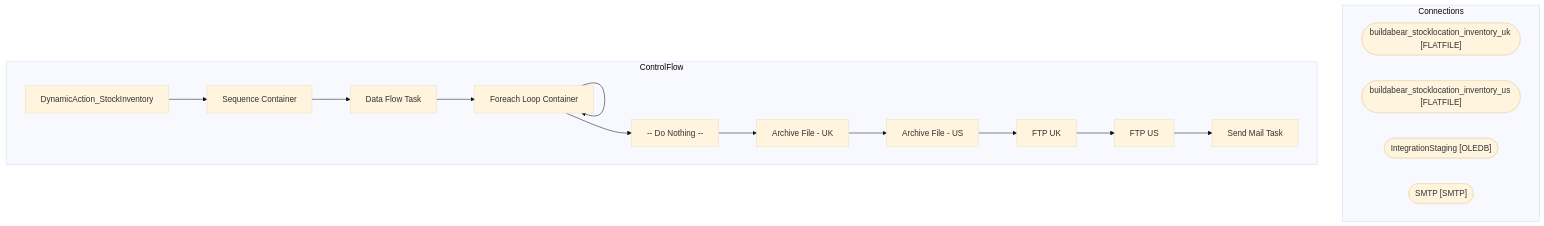
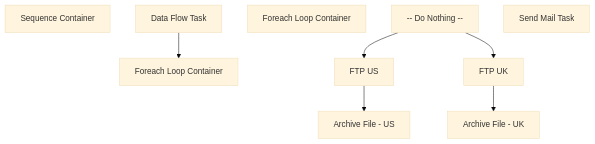
Before and after one commit to juanandresbrain/BABSkills: the diagram in bab-docs-explorer/Documentation/STL-SSIS-P-01/SSIS/WEB/DynamicAction_StockInventory.DynamicAction_StockInventory.md, drawn with Mermaid (base theme). The commit also changed other lines of this file and 273 other files, not shown here.

````diff
--- a/bab-docs-explorer/Documentation/STL-SSIS-P-01/SSIS/WEB/DynamicAction_StockInventory.DynamicAction_StockInventory.md
+++ b/bab-docs-explorer/Documentation/STL-SSIS-P-01/SSIS/WEB/DynamicAction_StockInventory.DynamicAction_StockInventory.md
@@ -9,32 +49,18 @@
 ```mermaid
 flowchart TD
-    subgraph Connections
-        buildabear_stocklocation_inventory_uk_conn(["buildabear_stocklocation_inventory_uk [FLATFILE]"])
-        buildabear_stocklocation_inventory_us_conn(["buildabear_stocklocation_inventory_us [FLATFILE]"])
-        IntegrationStaging_conn(["IntegrationStaging [OLEDB]"])
-        SMTP_conn(["SMTP [SMTP]"])
-    end
-    subgraph ControlFlow
-        DynamicAction_StockInventory_task["DynamicAction_StockInventory"]
-        Sequence_Container_task["Sequence Container"]
-        DynamicAction_StockInventory_task --> Sequence_Container_task
-        Data_Flow_Task_task["Data Flow Task"]
-        Sequence_Container_task --> Data_Flow_Task_task
-        Foreach_Loop_Container_task["Foreach Loop Container"]
-        Data_Flow_Task_task --> Foreach_Loop_Container_task
-        Foreach_Loop_Container_task["Foreach Loop Container"]
-        Foreach_Loop_Container_task --> Foreach_Loop_Container_task
-        ___Do_Nothing____task["-- Do Nothing --"]
-        Foreach_Loop_Container_task --> ___Do_Nothing____task
-        Archive_File___UK_task["Archive File - UK"]
-        ___Do_Nothing____task --> Archive_File___UK_task
-        Archive_File___US_task["Archive File - US"]
-        Archive_File___UK_task --> Archive_File___US_task
-        FTP_UK_task["FTP UK"]
-        Archive_File___US_task --> FTP_UK_task
-        FTP_US_task["FTP US"]
-        FTP_UK_task --> FTP_US_task
-        Send_Mail_Task_task["Send Mail Task"]
-        FTP_US_task --> Send_Mail_Task_task
-    end
+    n_Package_Sequence_Container["Sequence Container"]
+    n_Package_Sequence_Container_Data_Flow_Task["Data Flow Task"]
+    n_Package_Sequence_Container_Foreach_Loop_Container["Foreach Loop Container"]
+    n_Package_Sequence_Container_Foreach_Loop_Container_Foreach_Loop_Container["Foreach Loop Container"]
+    n_Package_Sequence_Container_Foreach_Loop_Container_Foreach_Loop_Container____Do_Nothing___["-- Do Nothing --"]
+    n_Package_Sequence_Container_Foreach_Loop_Container_Foreach_Loop_Container_Archive_File___UK["Archive File - UK"]
+    n_Package_Sequence_Container_Foreach_Loop_Container_Foreach_Loop_Container_Archive_File___US["Archive File - US"]
+    n_Package_Sequence_Container_Foreach_Loop_Container_Foreach_Loop_Container_FTP_UK["FTP UK"]
+    n_Package_Sequence_Container_Foreach_Loop_Container_Foreach_Loop_Container_FTP_US["FTP US"]
+    n_Package_EventHandlers_OnError__Send_Mail_Task["Send Mail Task"]
+    n_Package_Sequence_Container_Foreach_Loop_Container_Foreach_Loop_Container____Do_Nothing___ --> n_Package_Sequence_Container_Foreach_Loop_Container_Foreach_Loop_Container_FTP_US
+    n_Package_Sequence_Container_Foreach_Loop_Container_Foreach_Loop_Container____Do_Nothing___ --> n_Package_Sequence_Container_Foreach_Loop_Container_Foreach_Loop_Container_FTP_UK
+    n_Package_Sequence_Container_Foreach_Loop_Container_Foreach_Loop_Container_FTP_US --> n_Package_Sequence_Container_Foreach_Loop_Container_Foreach_Loop_Container_Archive_File___US
+    n_Package_Sequence_Container_Foreach_Loop_Container_Foreach_Loop_Container_FTP_UK --> n_Package_Sequence_Container_Foreach_Loop_Container_Foreach_Loop_Container_Archive_File___UK
+    n_Package_Sequence_Container_Data_Flow_Task --> n_Package_Sequence_Container_Foreach_Loop_Container
 ```
````
